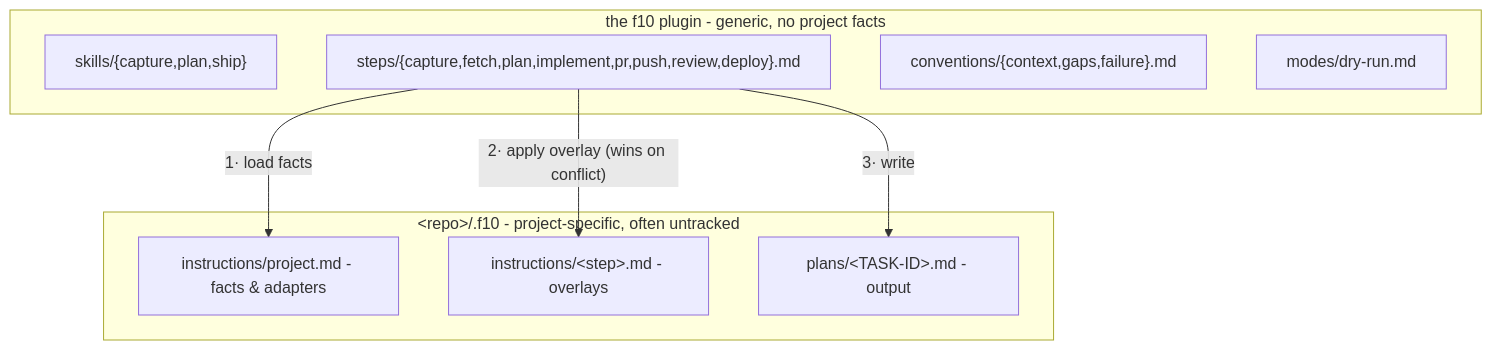
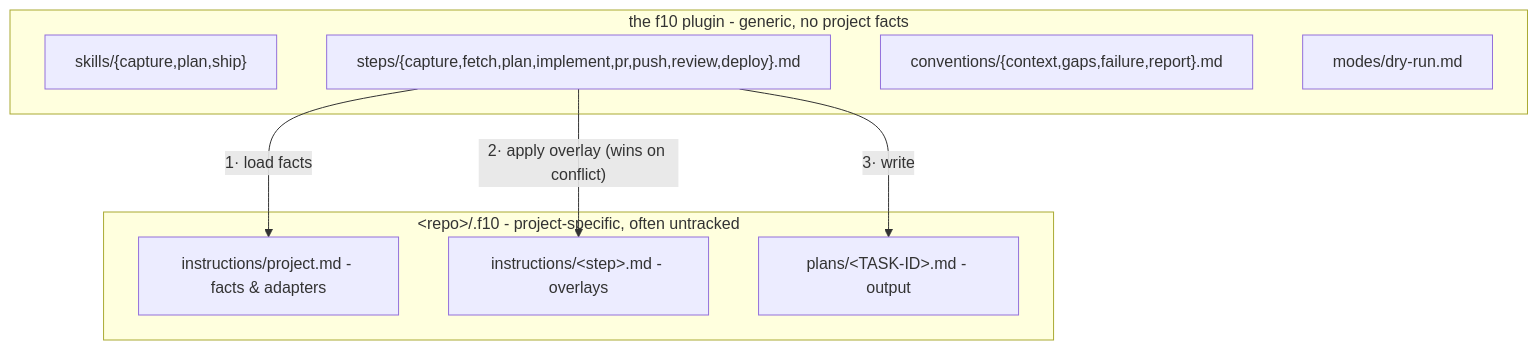
Before and after one commit to amberpixels/f10: the second of 2 diagrams in README.md, drawn with Mermaid. The commit also changed other lines of this file and 11 other files, not shown here.

````diff
--- a/README.md
+++ b/README.md
@@ -136,17 +136,17 @@
 ```mermaid
 flowchart TB
     subgraph plugin ["the f10 plugin - generic, no project facts"]
         skills2["skills/{capture,plan,ship}"]
         gsteps["steps/{capture,fetch,plan,implement,pr,push,review,deploy}.md"]
-        conv["conventions/{context,gaps,failure}.md"]
+        conv["conventions/{context,gaps,failure,report}.md"]
         modes2["modes/dry-run.md"]
     end
     subgraph repo ["&lt;repo&gt;/.f10 - project-specific, often untracked"]
         proj["instructions/project.md - facts & adapters"]
         over["instructions/&lt;step&gt;.md - overlays"]
         plans2["plans/&lt;TASK-ID&gt;.md - output"]
     end
     gsteps -- "1· load facts" --> proj
     gsteps -- "2· apply overlay (wins on conflict)" --> over
     gsteps -- "3· write" --> plans2
 ```
````
